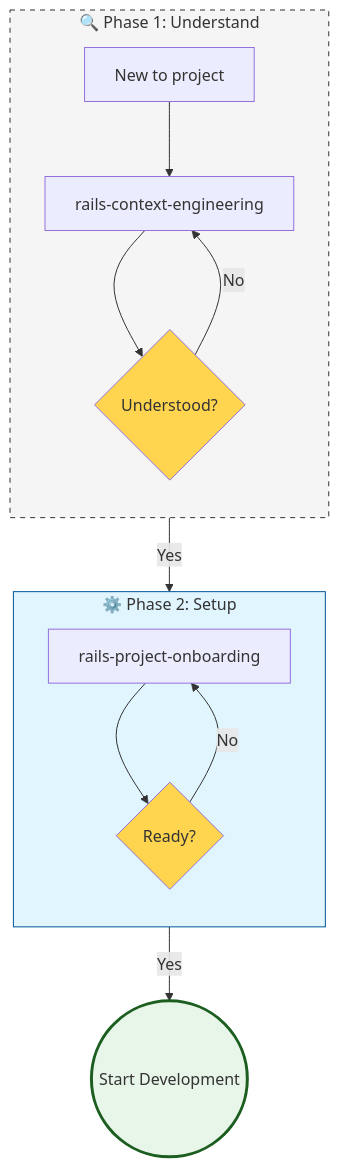
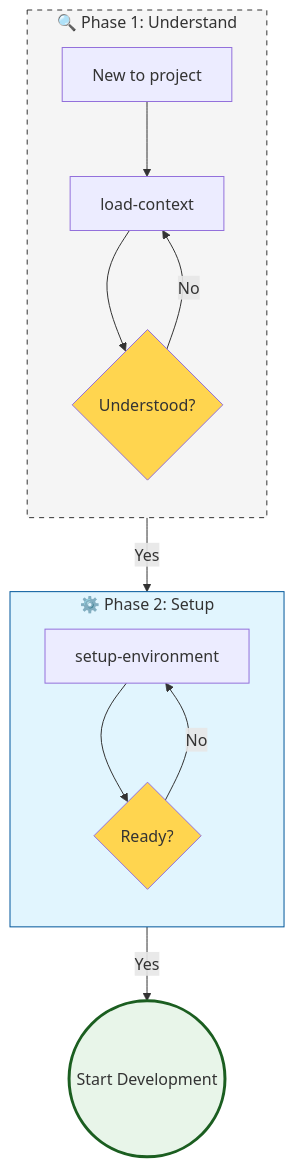
Before and after one commit to igmarin/my-RoR-personal-skills: the diagram in docs/workflows/discovery.md, drawn with Mermaid. The commit also changed other lines of this file and 295 other files, not shown here.

First line of the commit message:
Refactor names flows (#57)

````diff
--- a/docs/workflows/discovery.md
+++ b/docs/workflows/discovery.md
@@ -9,25 +9,25 @@
 ```mermaid
 graph TB
     subgraph Context [🔍 Phase 1: Understand]
         direction TB
-        A[New to project] --> B[rails-context-engineering]
+        A[New to project] --> B[load-context]
         B --> C{Understood?}
         C -- No --> B
     end
 
     subgraph Setup [⚙️ Phase 2: Setup]
         direction TB
-        C -- Yes --> D[rails-project-onboarding]
+        C -- Yes --> D[setup-environment]
         D --> E{Ready?}
         E -- No --> D
     end
 
     E -- Yes --> F((Start Development))
 
     %% Styling
     style Context fill:#f5f5f5,stroke:#333,stroke-dasharray: 5 5
     style Setup fill:#e1f5fe,stroke:#01579b
     style C fill:#ffd54f
     style E fill:#ffd54f
     style F fill:#e8f5e9,stroke:#1b5e20,stroke-width:3px
 ```
````
